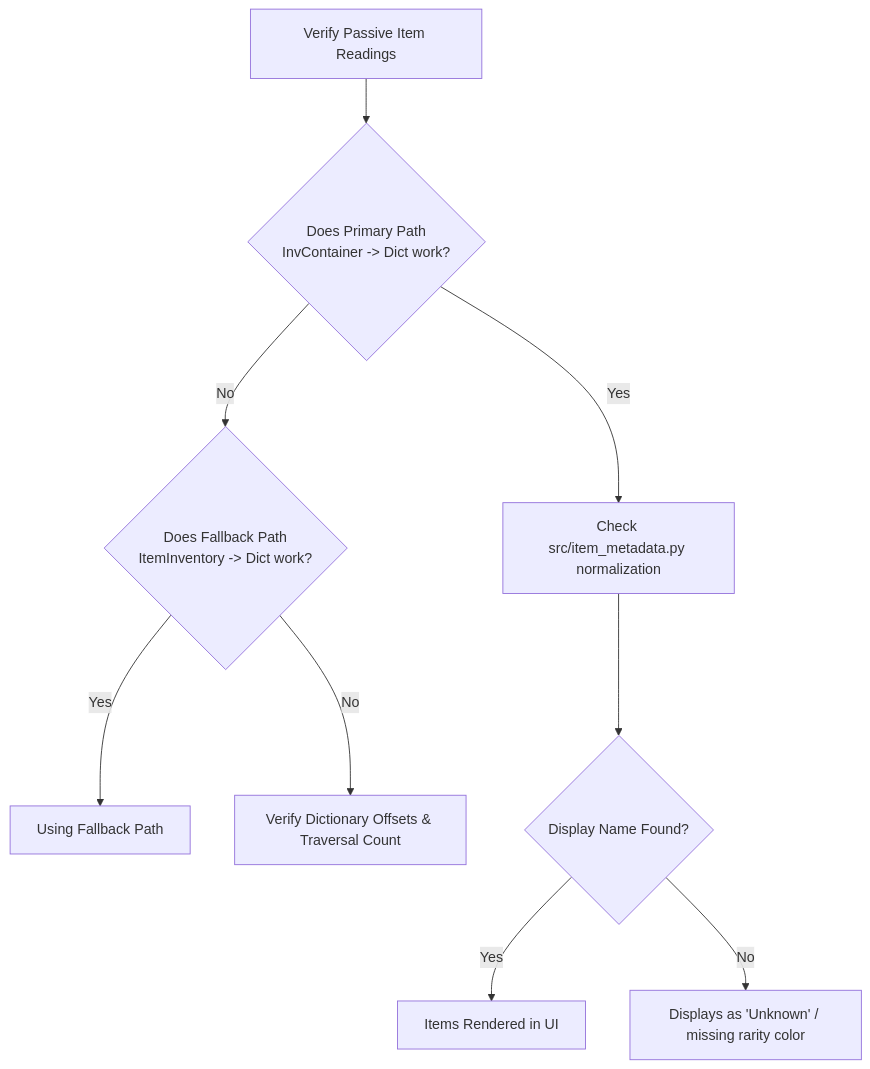
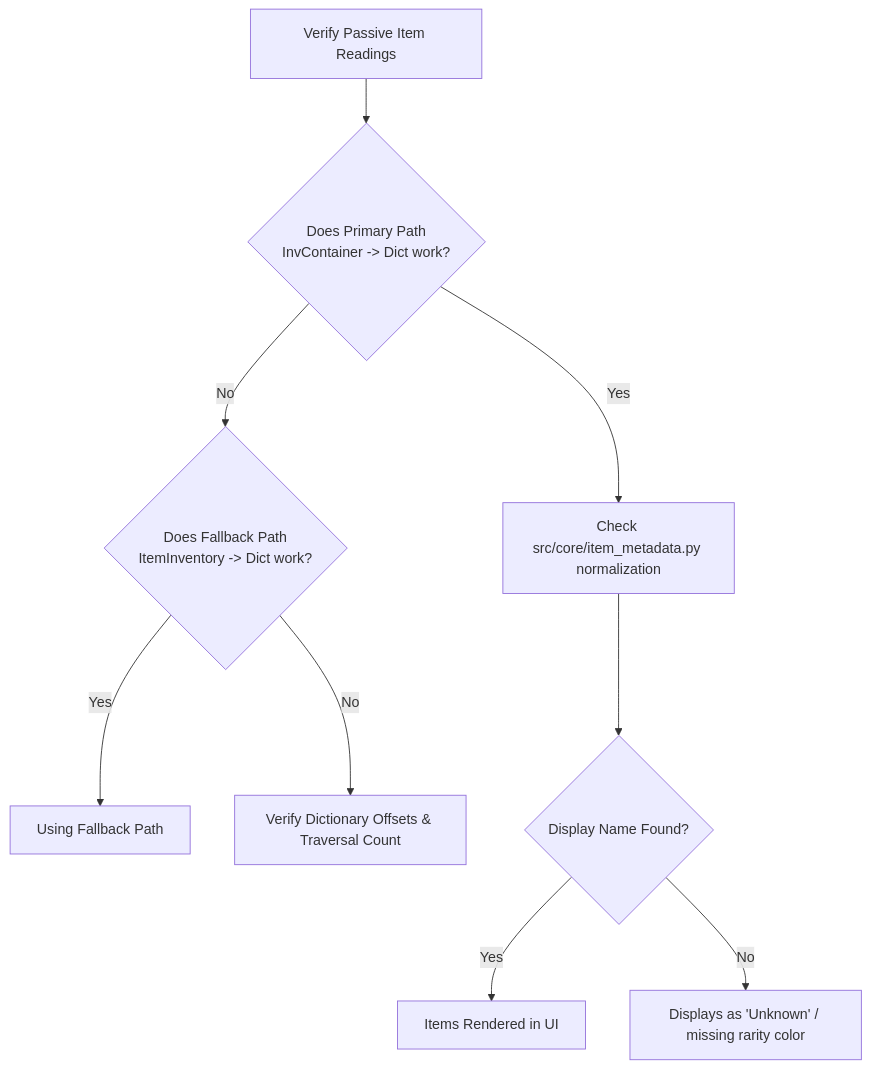
The diagram in docs/wiki/Troubleshooting_and_Diagnostics.md (ALuiell/BonkScanner), drawn with Mermaid before and after one commit. The commit also changed 37 other files, not shown here.

````diff
--- a/docs/wiki/Troubleshooting_and_Diagnostics.md
+++ b/docs/wiki/Troubleshooting_and_Diagnostics.md
@@ -23,13 +23,13 @@
 ```mermaid
 graph TD
     Start[Verify Passive Item Readings] --> CheckPrimary{Does Primary Path<br>InvContainer -> Dict work?}
-    CheckPrimary -- Yes --> ResolveNames[Check src/item_metadata.py normalization]
+    CheckPrimary -- Yes --> ResolveNames[Check src/core/item_metadata.py normalization]
     CheckPrimary -- No --> CheckFallback{Does Fallback Path<br>ItemInventory -> Dict work?}
 
     CheckFallback -- Yes --> FallbackActive[Using Fallback Path]
     CheckFallback -- No --> BadPointer[Verify Dictionary Offsets & Traversal Count]
 
     ResolveNames --> NameMatch{Display Name Found?}
     NameMatch -- Yes --> Done[Items Rendered in UI]
     NameMatch -- No --> UnknownItem[Displays as 'Unknown' / missing rarity color]
 ```
````
